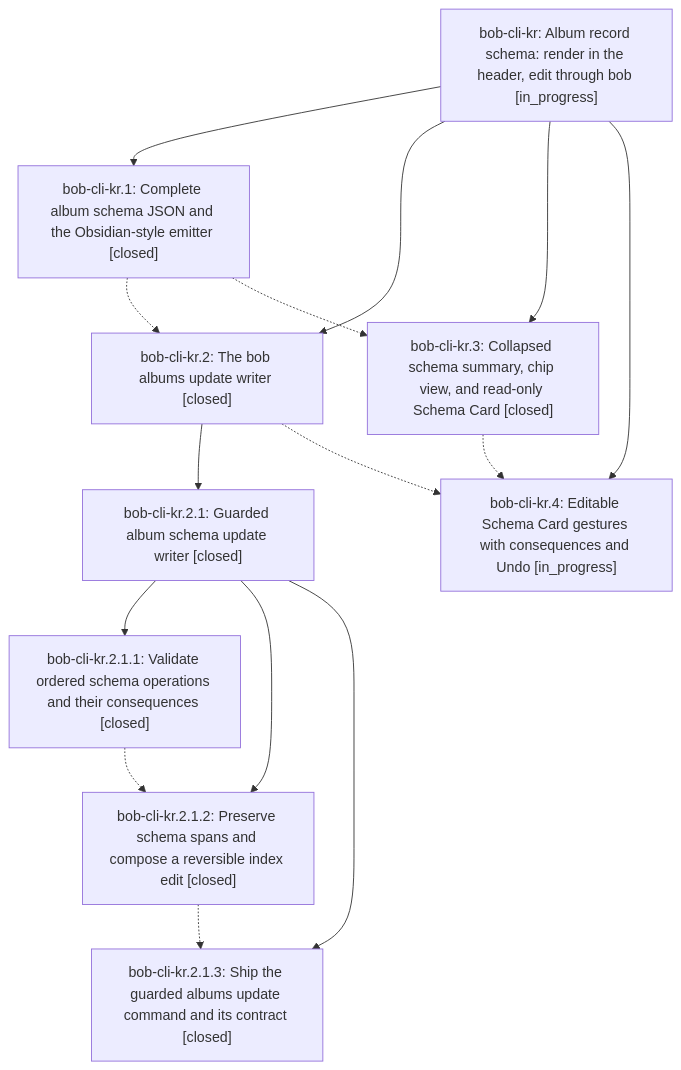
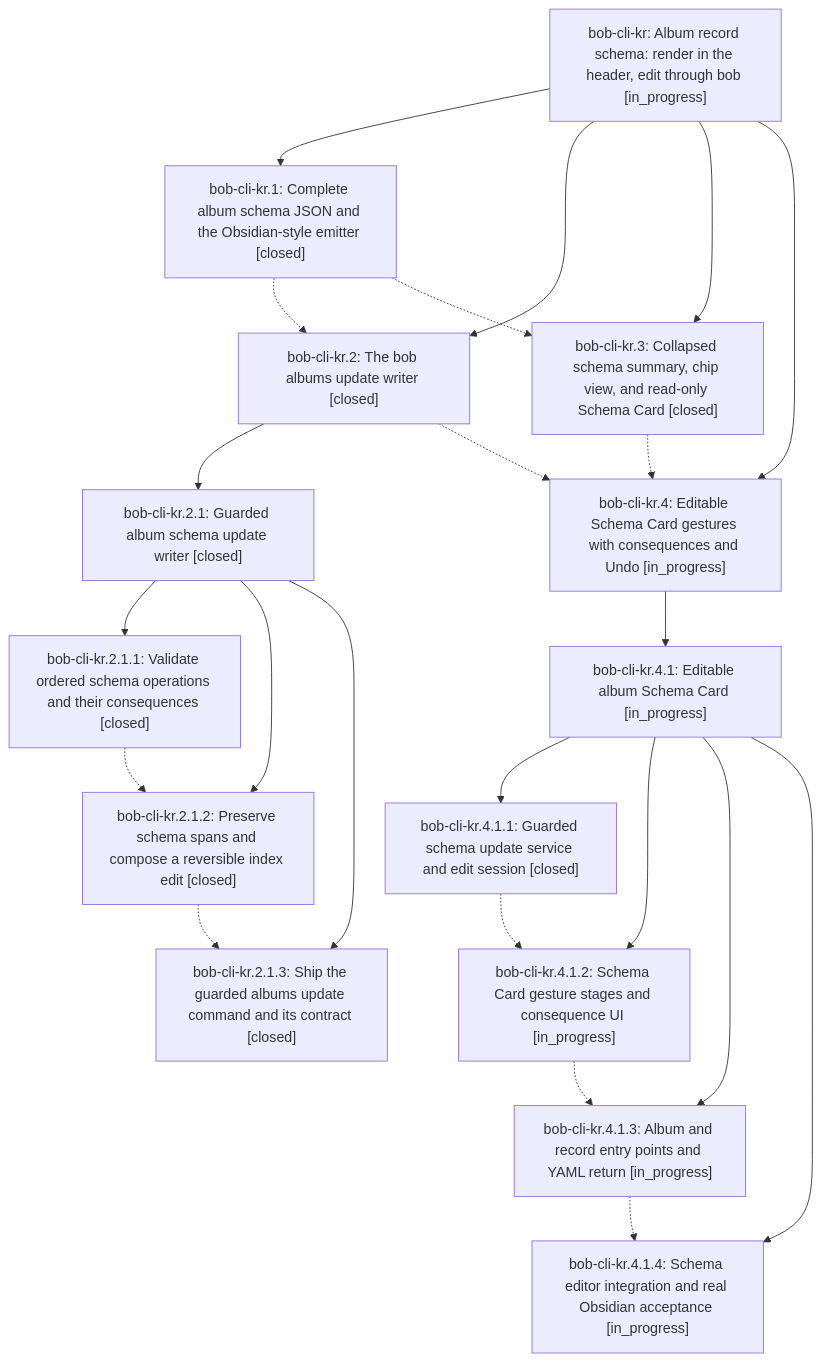
One commit to bobs-org/bob-cli--beads changed the diagram in pages/bob-cli-kr/README.md. Above: the diagram before and after it, drawn with Mermaid. The commit also changed other lines of this file and 7 other files, not shown here.

First line of the commit message:
chore(beads): sync bead state and pages for bob-cli-kr

````diff
--- a/pages/bob-cli-kr/README.md
+++ b/pages/bob-cli-kr/README.md
@@ -45,26 +47,39 @@
 ```mermaid
 flowchart TD
     n0["bob-cli-kr: Album record schema: render in the header, edit through bob [in_progress]"]
     n1["bob-cli-kr.1: Complete album schema JSON and the Obsidian-style emitter [closed]"]
     n2["bob-cli-kr.2: The bob albums update writer [closed]"]
     n3["bob-cli-kr.2.1: Guarded album schema update writer [closed]"]
     n4["bob-cli-kr.2.1.1: Validate ordered schema operations and their consequences [closed]"]
     n5["bob-cli-kr.2.1.2: Preserve schema spans and compose a reversible index edit [closed]"]
     n6["bob-cli-kr.2.1.3: Ship the guarded albums update command and its contract [closed]"]
     n7["bob-cli-kr.3: Collapsed schema summary, chip view, and read-only Schema Card [closed]"]
     n8["bob-cli-kr.4: Editable Schema Card gestures with consequences and Undo [in_progress]"]
+    n9["bob-cli-kr.4.1: Editable album Schema Card [in_progress]"]
+    n10["bob-cli-kr.4.1.1: Guarded schema update service and edit session [closed]"]
+    n11["bob-cli-kr.4.1.2: Schema Card gesture stages and consequence UI [in_progress]"]
+    n12["bob-cli-kr.4.1.3: Album and record entry points and YAML return [in_progress]"]
+    n13["bob-cli-kr.4.1.4: Schema editor integration and real Obsidian acceptance [in_progress]"]
     n0 --> n1
     n0 --> n2
     n2 --> n3
     n3 --> n4
     n3 --> n5
     n3 --> n6
     n0 --> n7
     n0 --> n8
+    n8 --> n9
+    n9 --> n10
+    n9 --> n11
+    n9 --> n12
+    n9 --> n13
     n1 -.-> n2
     n1 -.-> n7
     n2 -.-> n8
     n4 -.-> n5
     n5 -.-> n6
     n7 -.-> n8
+    n10 -.-> n11
+    n11 -.-> n12
+    n12 -.-> n13
 ```
````
